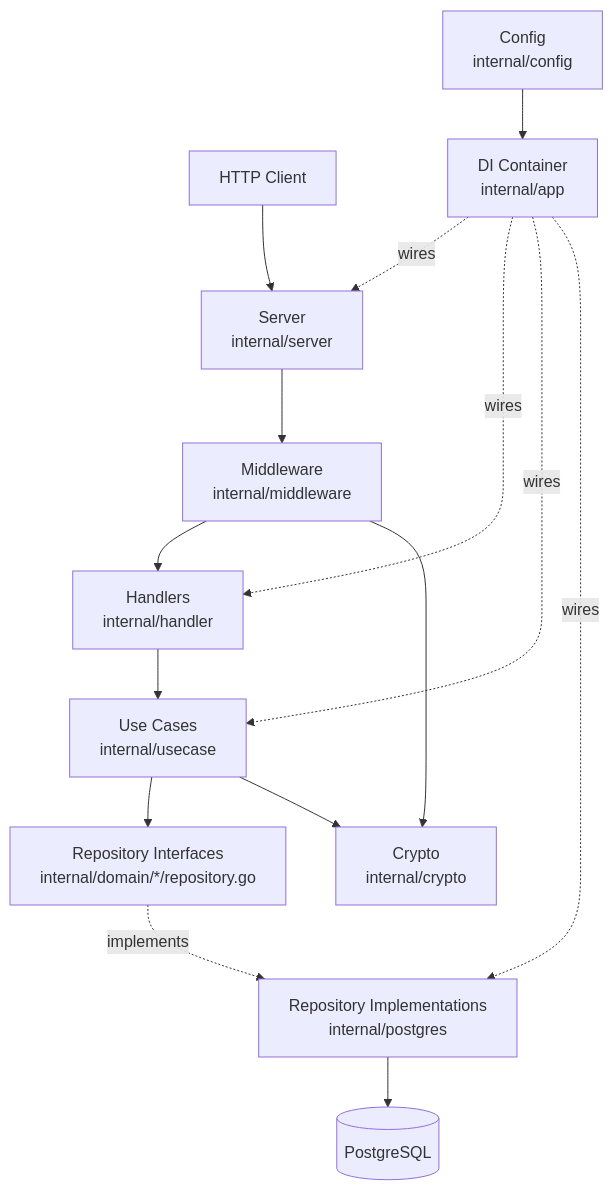
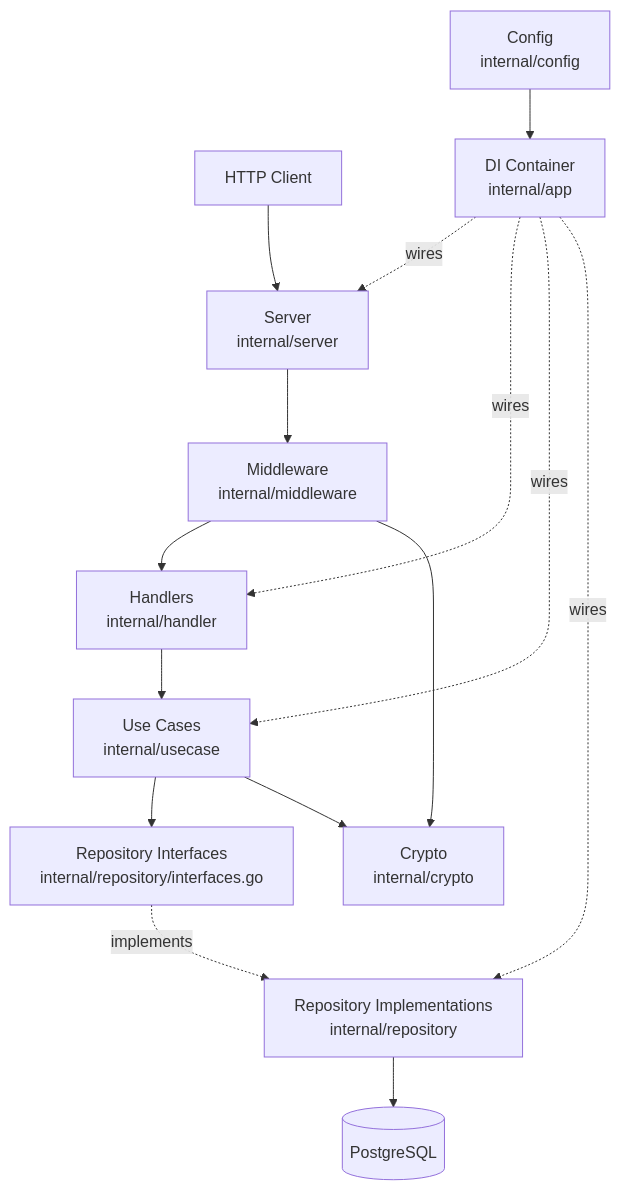
The first of 7 diagrams in docs/content/docs/guide/architecture.md (lbrty/observer), drawn with Mermaid before and after one commit. The commit also changed other lines of this file and 29 other files, not shown here.

````diff
--- a/docs/content/docs/guide/architecture.md
+++ b/docs/content/docs/guide/architecture.md
@@ -12,17 +12,17 @@
 ```mermaid
 graph TD
     CLIENT[HTTP Client] --> SERVER[Server<br>internal/server]
     SERVER --> MW[Middleware<br>internal/middleware]
     MW --> HANDLER[Handlers<br>internal/handler]
     HANDLER --> USECASE[Use Cases<br>internal/usecase]
-    USECASE --> IFACE[Repository Interfaces<br>internal/domain/*/repository.go]
-    IFACE -.implements.-> IMPL[Repository Implementations<br>internal/postgres]
+    USECASE --> IFACE[Repository Interfaces<br>internal/repository/interfaces.go]
+    IFACE -.implements.-> IMPL[Repository Implementations<br>internal/repository]
     IMPL --> DB[(PostgreSQL)]
     USECASE --> CRYPTO[Crypto<br>internal/crypto]
     MW --> CRYPTO
     APP[DI Container<br>internal/app] -.wires.-> SERVER
     APP -.wires.-> HANDLER
     APP -.wires.-> USECASE
     APP -.wires.-> IMPL
     CONFIG[Config<br>internal/config] --> APP
 ```
````
